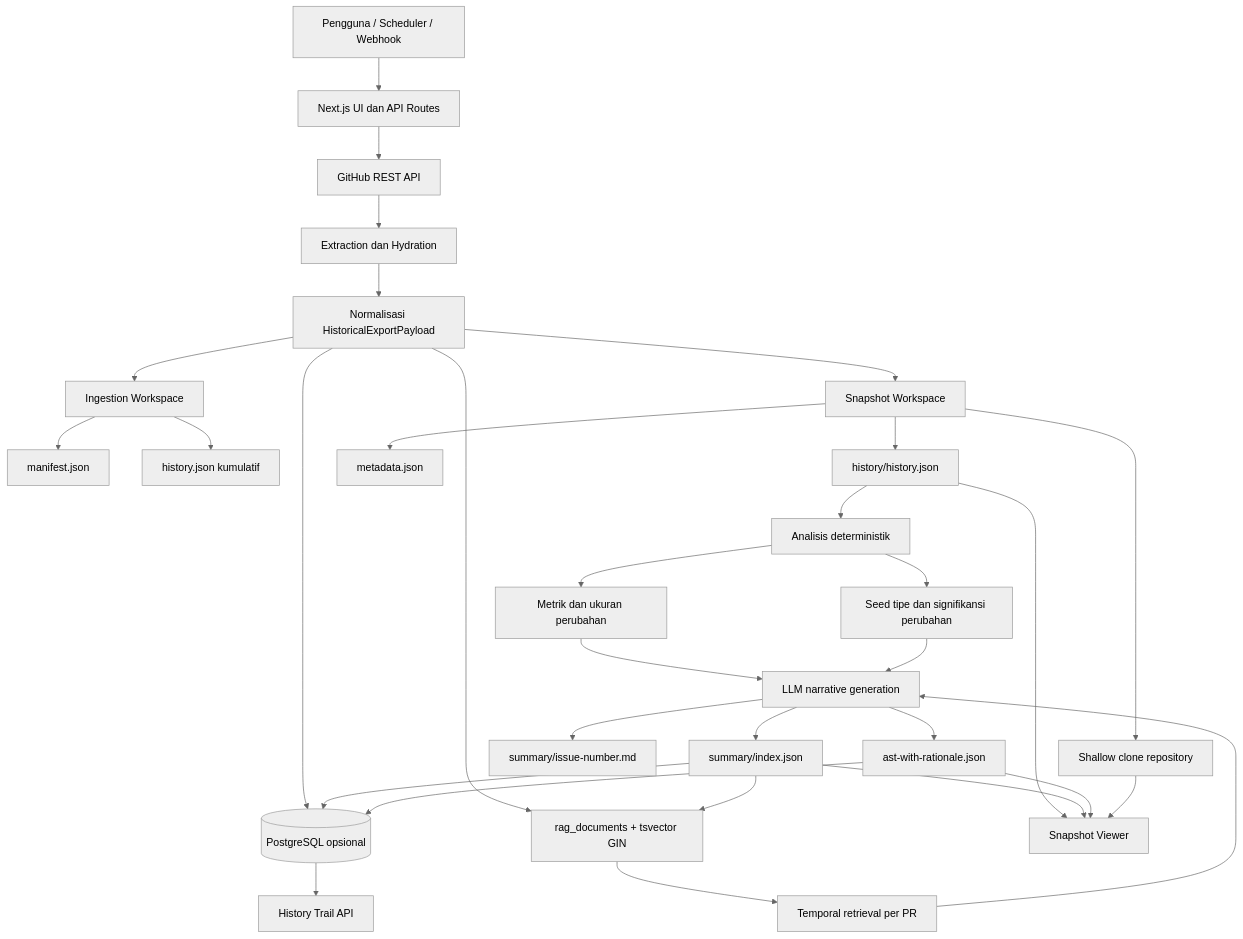
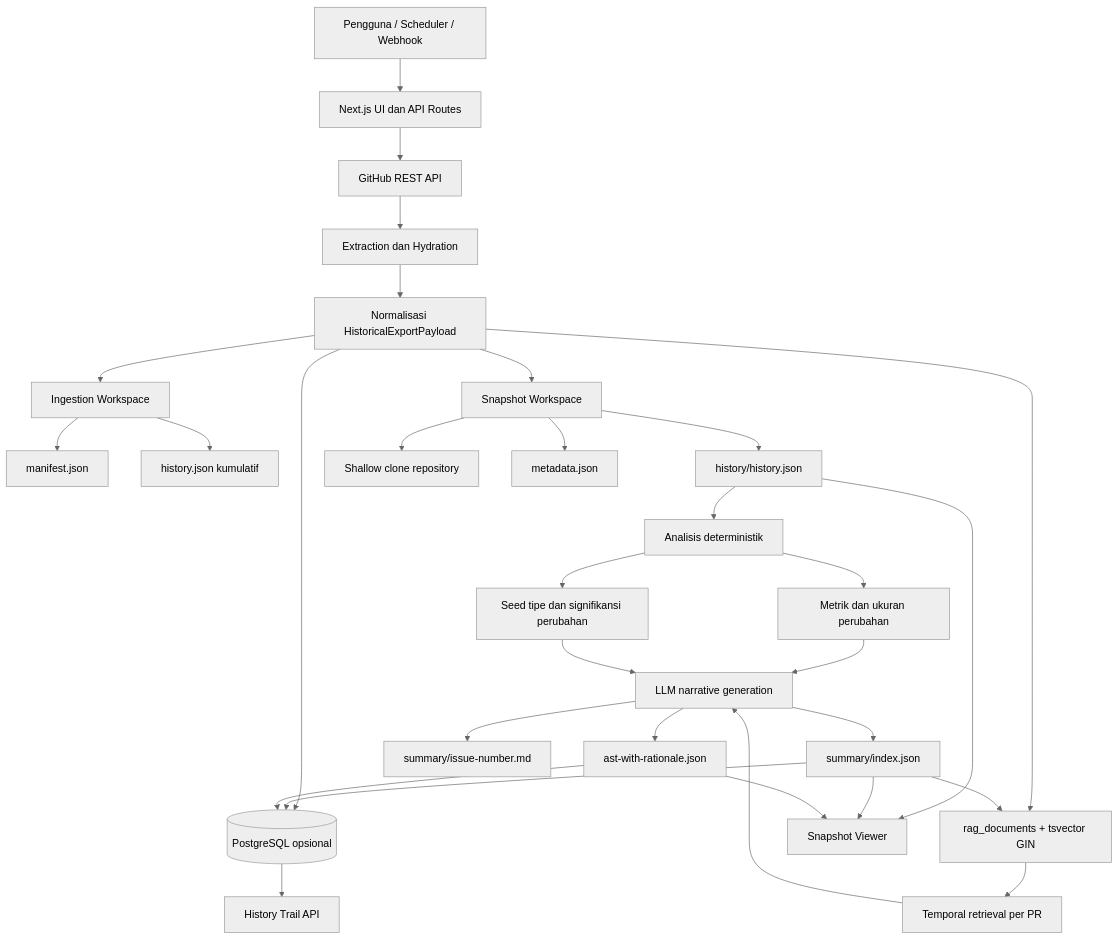
The first of 12 diagrams in docs/thesis-implementation-sync.md (Viody75/Historical-Evo-Aware-Code-Documentation), drawn with Mermaid (neutral theme) before and after one commit. The commit also changed other lines of this file and 23 other files, not shown here.

````diff
--- a/docs/thesis-implementation-sync.md
+++ b/docs/thesis-implementation-sync.md
@@ -121,42 +127,41 @@
 ```mermaid
 flowchart TD
     U[Pengguna / Scheduler / Webhook] --> UI[Next.js UI dan API Routes]
     UI --> GH[GitHub REST API]
 
     GH --> EX[Extraction dan Hydration]
     EX --> NM[Normalisasi HistoricalExportPayload]
     NM --> IW[Ingestion Workspace]
     NM --> SS[Snapshot Workspace]
 
     IW --> IM[manifest.json]
     IW --> IH[history.json kumulatif]
 
     SS --> SH[history/history.json]
     SS --> SR[Shallow clone repository]
     SS --> SM[metadata.json]
 
     SH --> DA[Analisis deterministik]
     DA --> MT[Metrik dan ukuran perubahan]
     DA --> SG[Seed tipe dan signifikansi perubahan]
 
     NM --> RD[rag_documents + tsvector GIN]
     RD --> RET[Temporal retrieval per PR]
     RET --> LLM[LLM narrative generation]
     MT --> LLM
     SG --> LLM
     LLM --> SI[summary/index.json]
     LLM --> MD[summary/issue-number.md]
     LLM --> HT[ast-with-rationale.json]
 
     NM --> PG[(PostgreSQL opsional)]
     SI --> PG
     HT --> PG
 
     SH --> VIEW[Snapshot Viewer]
     SI --> VIEW
     HT --> VIEW
-    SR --> VIEW
 
     PG --> EXT[History Trail API]
     SI --> RD
 ```
````
